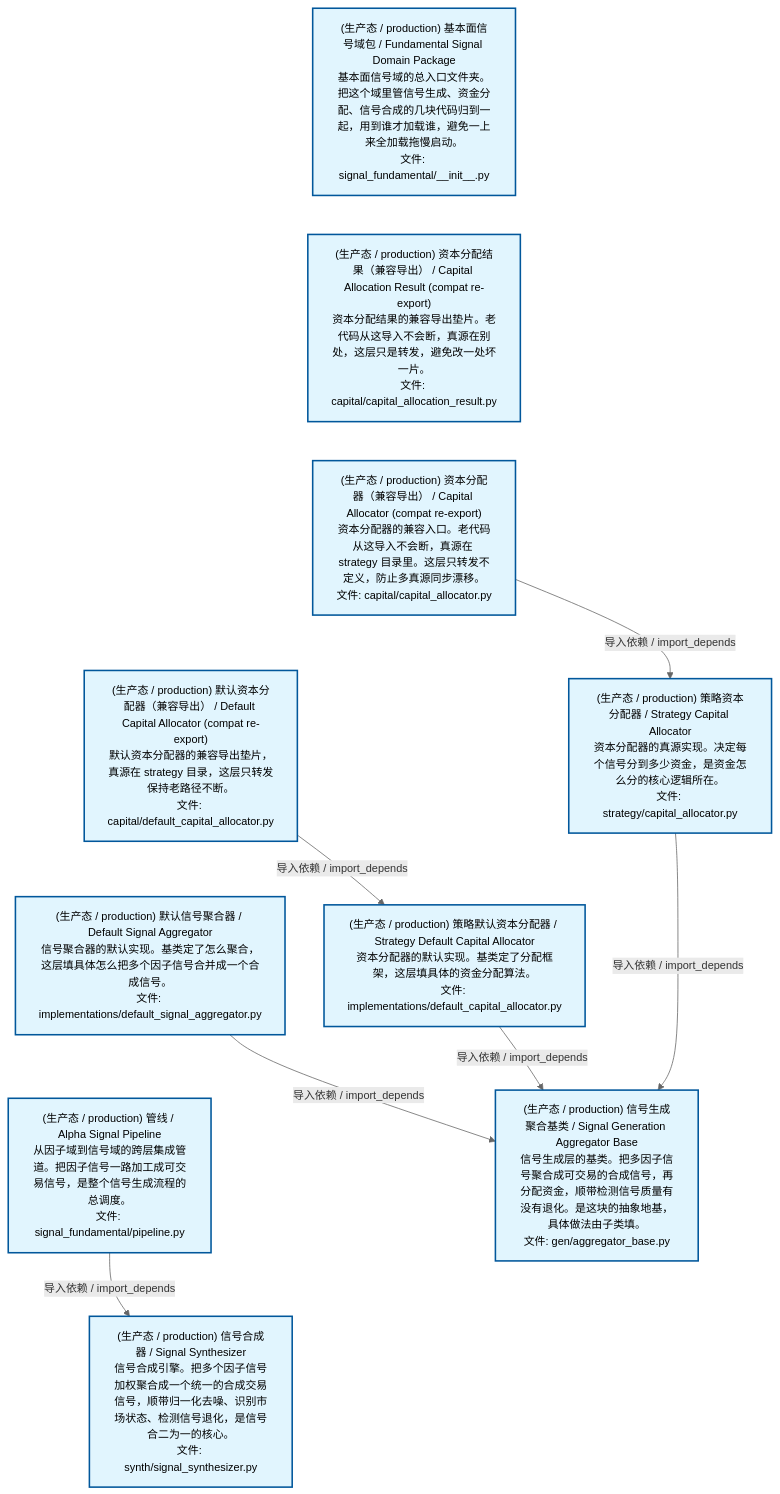
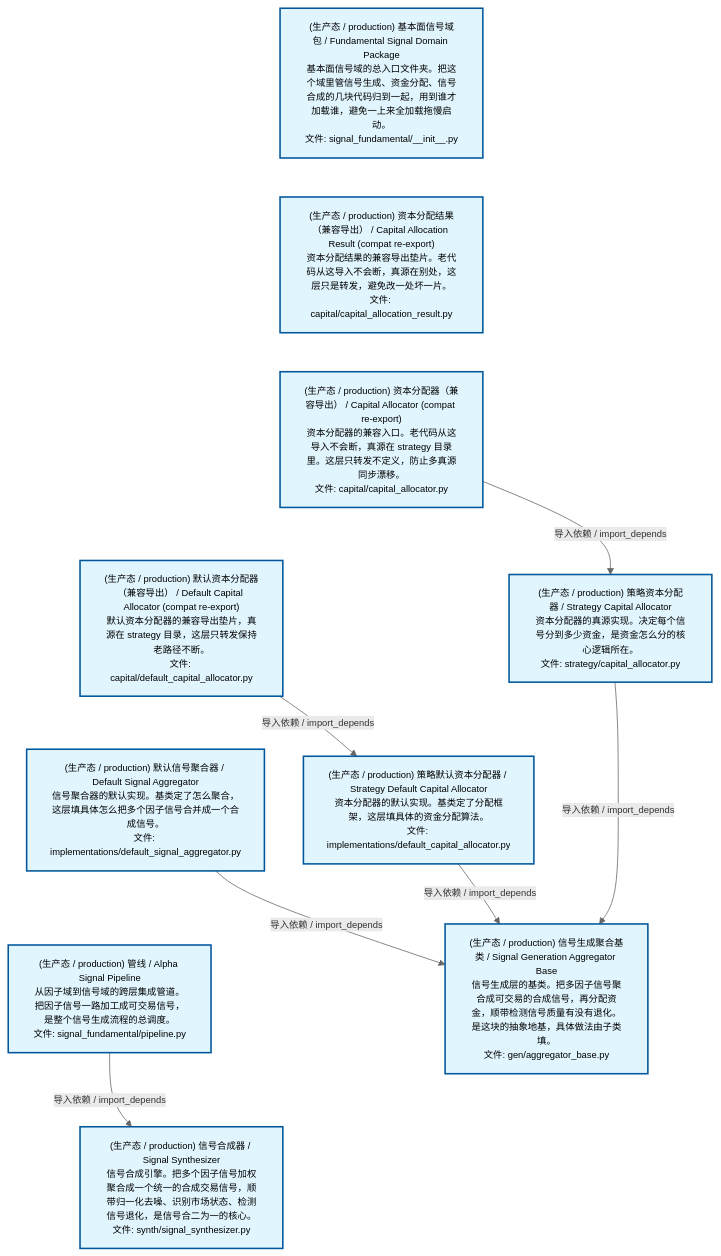
Before and after one commit to xuanFelixVan/ZephyrAlpha: the second of 4 diagrams in docs/02_enterprise_architecture/02_domain_architecture_docs/48_d_fundamental_signal.md, drawn with Mermaid. The commit also changed other lines of this file and 62 other files, not shown here.

````diff
--- a/docs/02_enterprise_architecture/02_domain_architecture_docs/48_d_fundamental_signal.md
+++ b/docs/02_enterprise_architecture/02_domain_architecture_docs/48_d_fundamental_signal.md
@@ -123,32 +123,32 @@
 ```mermaid
-%%{init: {'theme': 'base', 'themeVariables': {'primaryColor': '#eaeaea', 'primaryTextColor': '#333333', 'primaryBorderColor': '#666666', 'lineColor': '#666666', 'secondaryColor': '#eaeaea', 'tertiaryColor': '#eaeaea', 'fontSize': '14px'}}}%%
+%%{init: {'theme': 'base', 'themeVariables': {'primaryColor': '#eaeaea', 'primaryTextColor': '#333333', 'primaryBorderColor': '#666666', 'lineColor': '#666666', 'secondaryColor': '#eaeaea', 'tertiaryColor': '#eaeaea', 'fontSize': '12px'}}}%%
 flowchart TD
     src_zephyr_signal_fundamental_init_py["(生产态 / production) 基本面信号域包 / Fundamental Signal Domain Package<br/>基本面信号域的总入口文件夹。把这个域里管信号生成、资金分配、信号合成的几块代码归到一起，用到谁才加载谁，避免一上来全加载拖慢启动。<br/>文件: signal_fundamental/__init__.py"]
     src_zephyr_signal_fundamental_capital_capital_allocation_result_py["(生产态 / production) 资本分配结果（兼容导出） / Capital Allocation Result (compat re-export)<br/>资本分配结果的兼容导出垫片。老代码从这导入不会断，真源在别处，这层只是转发，避免改一处坏一片。<br/>文件: capital/capital_allocation_result.py"]
     src_zephyr_signal_fundamental_capital_capital_allocator_py["(生产态 / production) 资本分配器（兼容导出） / Capital Allocator (compat re-export)<br/>资本分配器的兼容入口。老代码从这导入不会断，真源在 strategy 目录里。这层只转发不定义，防止多真源同步漂移。<br/>文件: capital/capital_allocator.py"]
     src_zephyr_signal_fundamental_capital_default_capital_allocator_py["(生产态 / production) 默认资本分配器（兼容导出） / Default Capital Allocator (compat re-export)<br/>默认资本分配器的兼容导出垫片，真源在 strategy 目录，这层只转发保持老路径不断。<br/>文件: capital/default_capital_allocator.py"]
     src_zephyr_signal_fundamental_gen_implementations_default_signal_aggregator_py["(生产态 / production) 默认信号聚合器 / Default Signal Aggregator<br/>信号聚合器的默认实现。基类定了怎么聚合，这层填具体怎么把多个因子信号合并成一个合成信号。<br/>文件: implementations/default_signal_aggregator.py"]
     src_zephyr_signal_fundamental_pipeline_py["(生产态 / production) 管线 / Alpha Signal Pipeline<br/>从因子域到信号域的跨层集成管道。把因子信号一路加工成可交易信号，是整个信号生成流程的总调度。<br/>文件: signal_fundamental/pipeline.py"]
     src_zephyr_signal_fundamental_init_py ~~~ src_zephyr_signal_fundamental_capital_capital_allocation_result_py
     src_zephyr_signal_fundamental_capital_capital_allocation_result_py ~~~ src_zephyr_signal_fundamental_capital_capital_allocator_py
     src_zephyr_signal_fundamental_capital_capital_allocator_py ~~~ src_zephyr_signal_fundamental_capital_default_capital_allocator_py
     src_zephyr_signal_fundamental_capital_default_capital_allocator_py ~~~ src_zephyr_signal_fundamental_gen_implementations_default_signal_aggregator_py
     src_zephyr_signal_fundamental_gen_implementations_default_signal_aggregator_py ~~~ src_zephyr_signal_fundamental_pipeline_py
     src_zephyr_signal_fundamental_strategy_capital_allocator_py["(生产态 / production) 策略资本分配器 / Strategy Capital Allocator<br/>资本分配器的真源实现。决定每个信号分到多少资金，是资金怎么分的核心逻辑所在。<br/>文件: strategy/capital_allocator.py"]
     src_zephyr_signal_fundamental_strategy_implementations_default_capital_allocator_py["(生产态 / production) 策略默认资本分配器 / Strategy Default Capital Allocator<br/>资本分配器的默认实现。基类定了分配框架，这层填具体的资金分配算法。<br/>文件: implementations/default_capital_allocator.py"]
     src_zephyr_signal_fundamental_synth_signal_synthesizer_py["(生产态 / production) 信号合成器 / Signal Synthesizer<br/>信号合成引擎。把多个因子信号加权聚合成一个统一的合成交易信号，顺带归一化去噪、识别市场状态、检测信号退化，是信号合二为一的核心。<br/>文件: synth/signal_synthesizer.py"]
     src_zephyr_signal_fundamental_strategy_capital_allocator_py ~~~ src_zephyr_signal_fundamental_strategy_implementations_default_capital_allocator_py
     src_zephyr_signal_fundamental_strategy_implementations_default_capital_allocator_py ~~~ src_zephyr_signal_fundamental_synth_signal_synthesizer_py
     src_zephyr_signal_fundamental_gen_aggregator_base_py["(生产态 / production) 信号生成聚合基类 / Signal Generation Aggregator Base<br/>信号生成层的基类。把多因子信号聚合成可交易的合成信号，再分配资金，顺带检测信号质量有没有退化。是这块的抽象地基，具体做法由子类填。<br/>文件: gen/aggregator_base.py"]
-    src_zephyr_signal_fundamental_capital_default_capital_allocator_py -->|导入依赖 / import_depends| src_zephyr_signal_fundamental_strategy_implementations_default_capital_allocator_py
     src_zephyr_signal_fundamental_pipeline_py -->|导入依赖 / import_depends| src_zephyr_signal_fundamental_synth_signal_synthesizer_py
     src_zephyr_signal_fundamental_capital_capital_allocator_py -->|导入依赖 / import_depends| src_zephyr_signal_fundamental_strategy_capital_allocator_py
+    src_zephyr_signal_fundamental_capital_default_capital_allocator_py -->|导入依赖 / import_depends| src_zephyr_signal_fundamental_strategy_implementations_default_capital_allocator_py
     src_zephyr_signal_fundamental_gen_implementations_default_signal_aggregator_py -->|导入依赖 / import_depends| src_zephyr_signal_fundamental_gen_aggregator_base_py
     src_zephyr_signal_fundamental_strategy_capital_allocator_py -->|导入依赖 / import_depends| src_zephyr_signal_fundamental_gen_aggregator_base_py
     src_zephyr_signal_fundamental_strategy_implementations_default_capital_allocator_py -->|导入依赖 / import_depends| src_zephyr_signal_fundamental_gen_aggregator_base_py
     classDef production fill:#e1f5fe,stroke:#01579b,stroke-width:2px,color:#000
     classDef design fill:#fff3e0,stroke:#e65100,stroke-width:2px,color:#000,stroke-dasharray: 5 5
     classDef external_prod fill:#e8f4fd,stroke:#0277bd,stroke-width:1px,color:#000
     classDef external_design fill:#fff8e7,stroke:#ef6c00,stroke-width:1px,color:#000,stroke-dasharray: 5 5
     class src_zephyr_signal_fundamental_init_py,src_zephyr_signal_fundamental_capital_capital_allocation_result_py,src_zephyr_signal_fundamental_capital_capital_allocator_py,src_zephyr_signal_fundamental_capital_default_capital_allocator_py,src_zephyr_signal_fundamental_gen_aggregator_base_py,src_zephyr_signal_fundamental_gen_implementations_default_signal_aggregator_py,src_zephyr_signal_fundamental_pipeline_py,src_zephyr_signal_fundamental_strategy_capital_allocator_py,src_zephyr_signal_fundamental_strategy_implementations_default_capital_allocator_py,src_zephyr_signal_fundamental_synth_signal_synthesizer_py production
 ```
````
